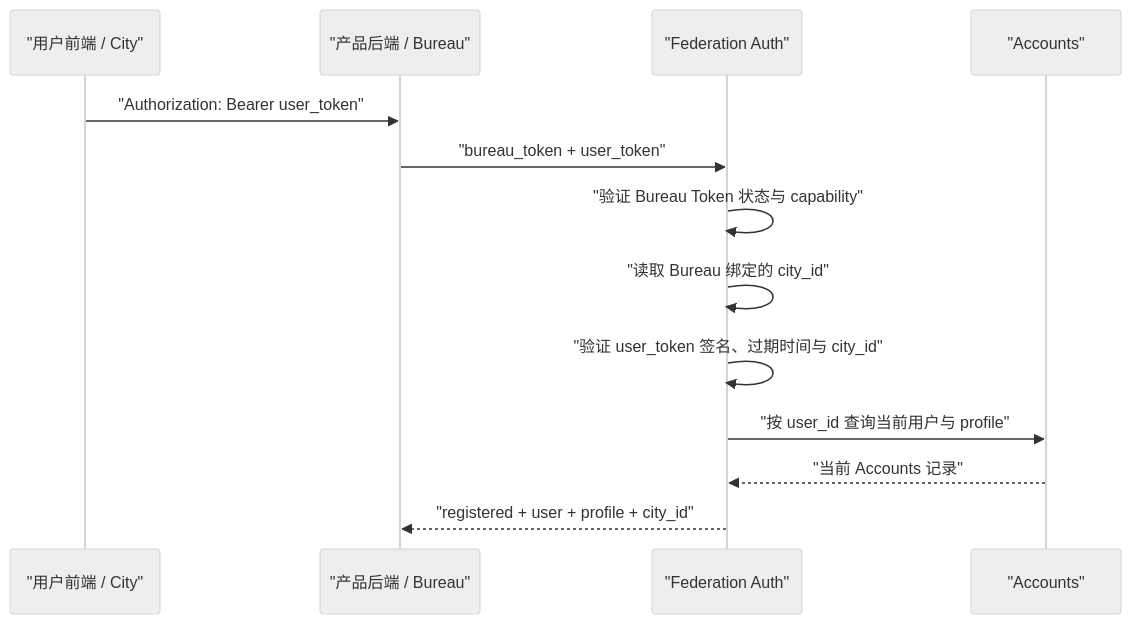
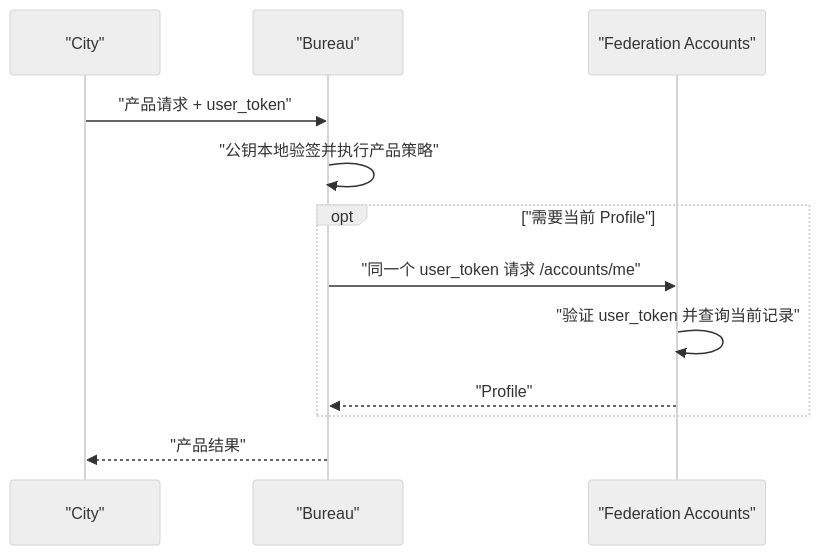
One commit to wangenius/downcity changed the third of 3 diagrams in docs/federation-city-user-token-auth-prd.md. Above: the diagram before and after it, drawn with Mermaid (neutral theme). The commit also changed other lines of this file and 48 other files, not shown here.

Commit message:
refactor(city): separate bureau from federation control

````diff
--- a/docs/federation-city-user-token-auth-prd.md
+++ b/docs/federation-city-user-token-auth-prd.md
@@ -167,16 +269,15 @@
 ```mermaid
 sequenceDiagram
-    participant U as "用户前端 / City"
-    participant B as "产品后端 / Bureau"
-    participant F as "Federation Auth"
-    participant A as "Accounts"
+    participant C as "City"
+    participant B as "Bureau"
+    participant F as "Federation Accounts"
 
-    U->>B: "Authorization: Bearer user_token"
-    B->>F: "bureau_token + user_token"
-    F->>F: "验证 Bureau Token 状态与 capability"
-    F->>F: "读取 Bureau 绑定的 city_id"
-    F->>F: "验证 user_token 签名、过期时间与 city_id"
-    F->>A: "按 user_id 查询当前用户与 profile"
-    A-->>F: "当前 Accounts 记录"
-    F-->>B: "registered + user + profile + city_id"
+    C->>B: "产品请求 + user_token"
+    B->>B: "公钥本地验签并执行产品策略"
+    opt "需要当前 Profile"
+        B->>F: "同一个 user_token 请求 /accounts/me"
+        F->>F: "验证 user_token 并查询当前记录"
+        F-->>B: "Profile"
+    end
+    B-->>C: "产品结果"
 ```
````
